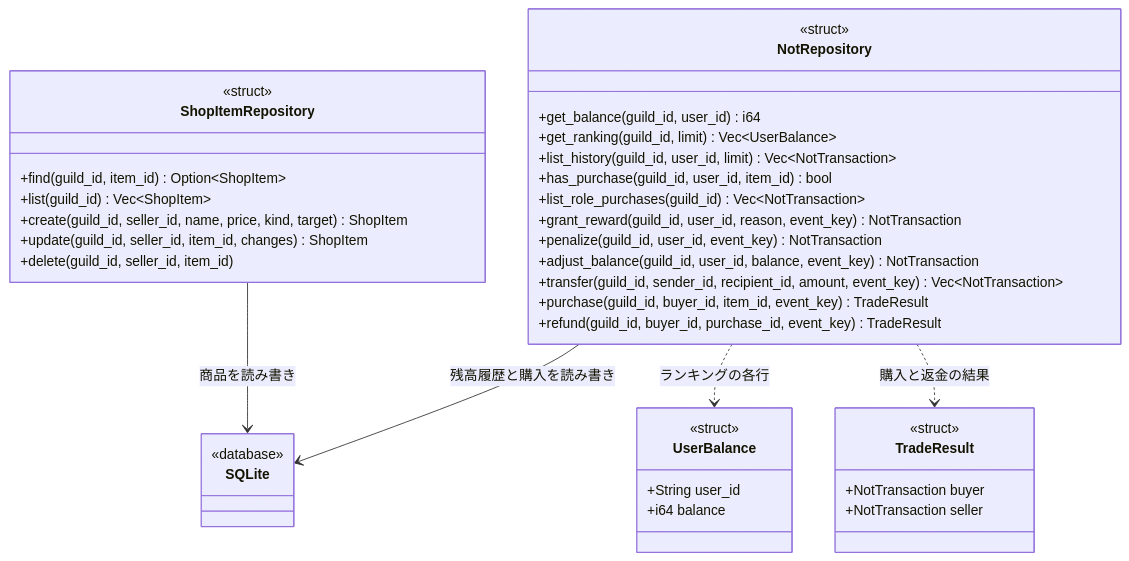
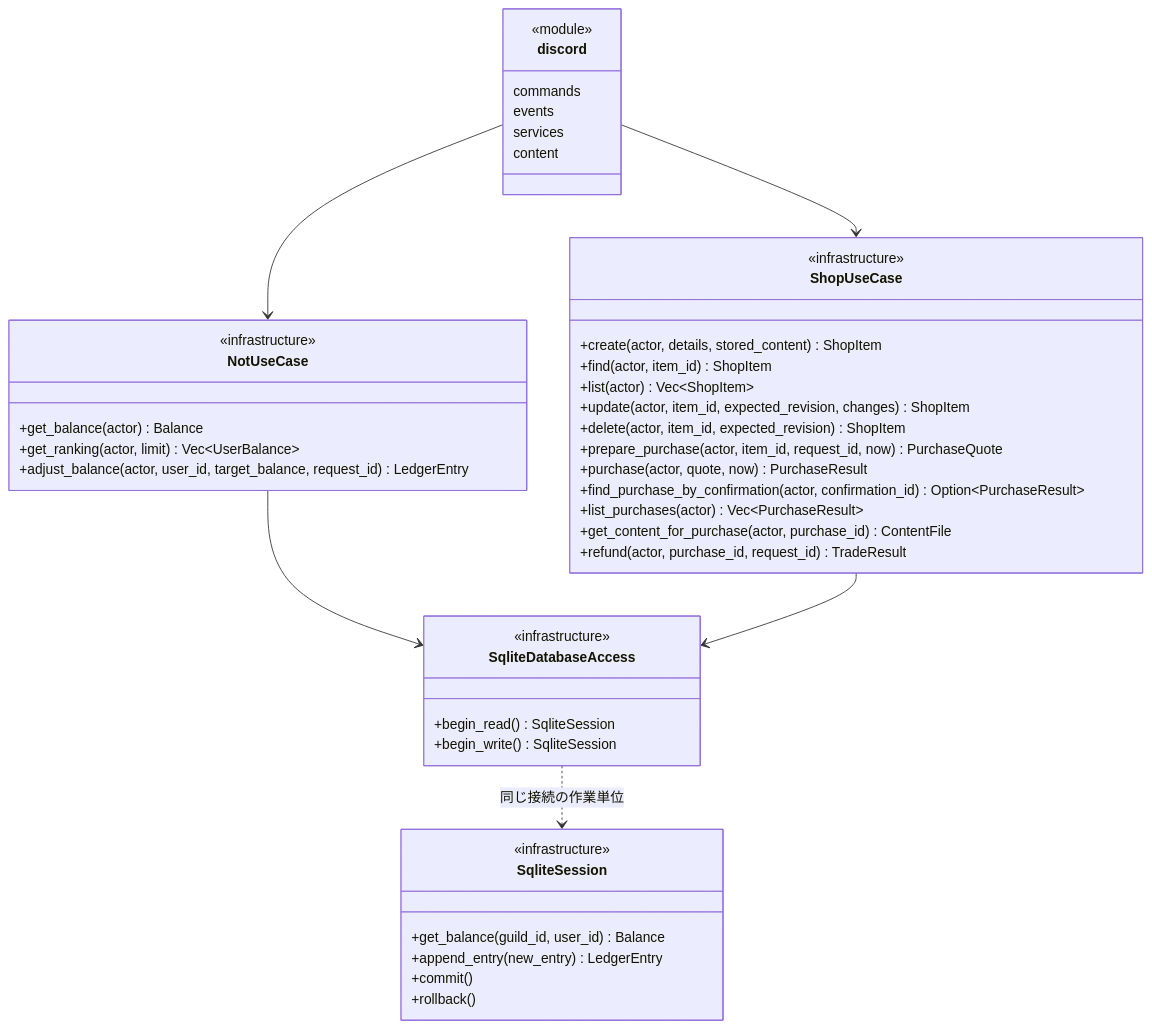
Before and after one commit to segfau-yama/NotBot: the diagram in design/REPOSITORY.md, drawn with Mermaid. The commit also changed other lines of this file and 27 other files, not shown here.

````diff
--- a/design/REPOSITORY.md
+++ b/design/REPOSITORY.md
@@ -9,47 +9,47 @@
 ```mermaid
 classDiagram
-    class NotRepository {
-        <<struct>>
-        +get_balance(guild_id, user_id) i64
-        +get_ranking(guild_id, limit) Vec~UserBalance~
-        +list_history(guild_id, user_id, limit) Vec~NotTransaction~
-        +has_purchase(guild_id, user_id, item_id) bool
-        +list_role_purchases(guild_id) Vec~NotTransaction~
-        +grant_reward(guild_id, user_id, reason, event_key) NotTransaction
-        +penalize(guild_id, user_id, event_key) NotTransaction
-        +adjust_balance(guild_id, user_id, balance, event_key) NotTransaction
-        +transfer(guild_id, sender_id, recipient_id, amount, event_key) Vec~NotTransaction~
-        +purchase(guild_id, buyer_id, item_id, event_key) TradeResult
-        +refund(guild_id, buyer_id, purchase_id, event_key) TradeResult
+    class discord {
+        <<module>>
+        commands
+        events
+        services
+        content
     }
-
-    class ShopItemRepository {
-        <<struct>>
-        +find(guild_id, item_id) Option~ShopItem~
-        +list(guild_id) Vec~ShopItem~
-        +create(guild_id, seller_id, name, price, kind, target) ShopItem
-        +update(guild_id, seller_id, item_id, changes) ShopItem
-        +delete(guild_id, seller_id, item_id)
+    class NotUseCase {
+        <<infrastructure>>
+        +get_balance(actor) Balance
+        +get_ranking(actor, limit) Vec~UserBalance~
+        +adjust_balance(actor, user_id, target_balance, request_id) LedgerEntry
     }
-
-    class TradeResult {
-        <<struct>>
-        +NotTransaction buyer
-        +NotTransaction seller
+    class ShopUseCase {
+        <<infrastructure>>
+        +create(actor, details, stored_content) ShopItem
+        +find(actor, item_id) ShopItem
+        +list(actor) Vec~ShopItem~
+        +update(actor, item_id, expected_revision, changes) ShopItem
+        +delete(actor, item_id, expected_revision) ShopItem
+        +prepare_purchase(actor, item_id, request_id, now) PurchaseQuote
+        +purchase(actor, quote, now) PurchaseResult
+        +find_purchase_by_confirmation(actor, confirmation_id) Option~PurchaseResult~
+        +list_purchases(actor) Vec~PurchaseResult~
+        +get_content_for_purchase(actor, purchase_id) ContentFile
+        +refund(actor, purchase_id, request_id) TradeResult
     }
-
-    class UserBalance {
-        <<struct>>
-        +String user_id
-        +i64 balance
+    class SqliteDatabaseAccess {
+        <<infrastructure>>
+        +begin_read() SqliteSession
+        +begin_write() SqliteSession
     }
-
-    class SQLite {
-        <<database>>
+    class SqliteSession {
+        <<infrastructure>>
+        +get_balance(guild_id, user_id) Balance
+        +append_entry(new_entry) LedgerEntry
+        +commit()
+        +rollback()
     }
-
-    NotRepository --> SQLite : 残高履歴と購入を読み書き
-    ShopItemRepository --> SQLite : 商品を読み書き
-    NotRepository ..> UserBalance : ランキングの各行
-    NotRepository ..> TradeResult : 購入と返金の結果
+    discord --> NotUseCase
+    discord --> ShopUseCase
+    NotUseCase --> SqliteDatabaseAccess
+    ShopUseCase --> SqliteDatabaseAccess
+    SqliteDatabaseAccess ..> SqliteSession : 同じ接続の作業単位
 ```
````
